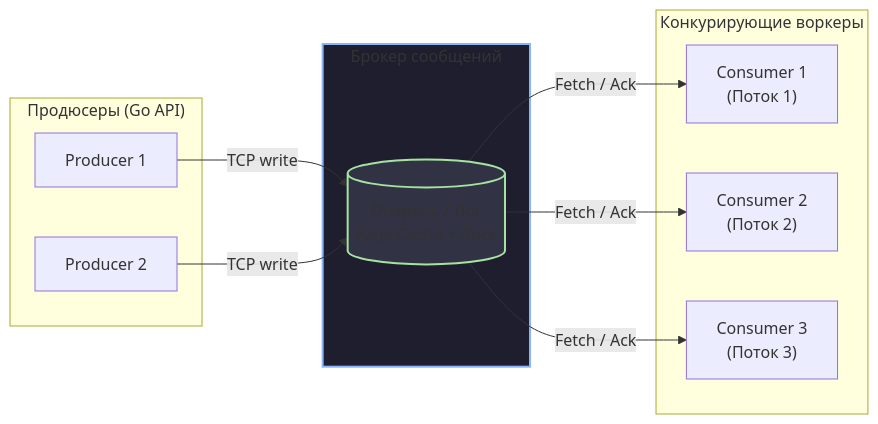
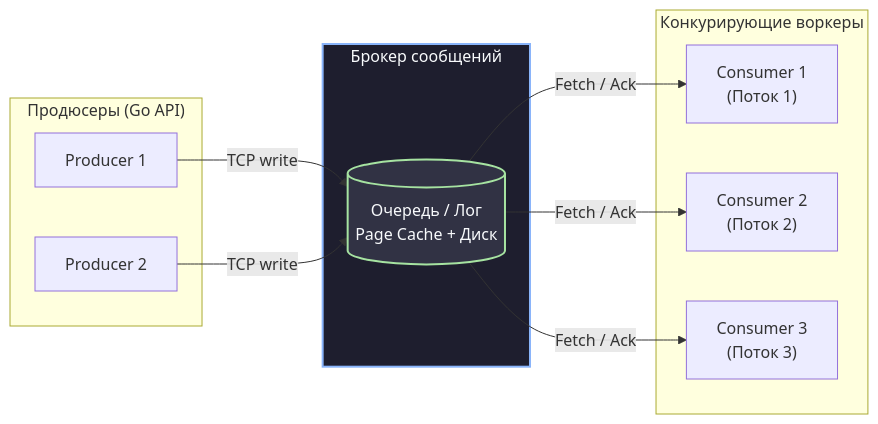
The diagram in sources/13. Очереди, брокеры сообщений и оркестраторы/01. Фундамент асинхронности/3. Очереди сообщений. Зачем они нужны.md (UnrealTemplier/go-textbook), drawn with Mermaid before and after one commit. The commit also changed 310 other files, not shown here.

First line of the commit message:
fix(mermaid): replace light fill colors with dark palette for readability on dark theme

````diff
--- a/sources/13. Очереди, брокеры сообщений и оркестраторы/01. Фундамент асинхронности/3. Очереди сообщений. Зачем они нужны.md
+++ b/sources/13. Очереди, брокеры сообщений и оркестраторы/01. Фундамент асинхронности/3. Очереди сообщений. Зачем они нужны.md
@@ -111,26 +111,26 @@
 ```mermaid
 flowchart LR
     subgraph Producers["Продюсеры (Go API)"]
         P1["Producer 1"]
         P2["Producer 2"]
     end
 
     subgraph Cluster["Брокер сообщений"]
         Q[("Очередь / Лог<br>Page Cache + Диск")]
     end
 
     subgraph Consumers["Конкурирующие воркеры"]
         C1["Consumer 1<br>(Поток 1)"]
         C2["Consumer 2<br>(Поток 2)"]
         C3["Consumer 3<br>(Поток 3)"]
     end
 
     P1 -->|"TCP write"| Q
     P2 -->|"TCP write"| Q
     Q -->|"Fetch / Ack"| C1
     Q -->|"Fetch / Ack"| C2
     Q -->|"Fetch / Ack"| C3
 
-    style Cluster fill:#1e1e2e,stroke:#89b4fa,stroke-width:2px
-    style Q fill:#313244,stroke:#a6e3a1,stroke-width:2px
+    style Cluster fill:#1e1e2e,stroke:#89b4fa,stroke-width:2px,color:#f8fafc
+    style Q fill:#313244,stroke:#a6e3a1,stroke-width:2px,color:#f8fafc
 ```
````
